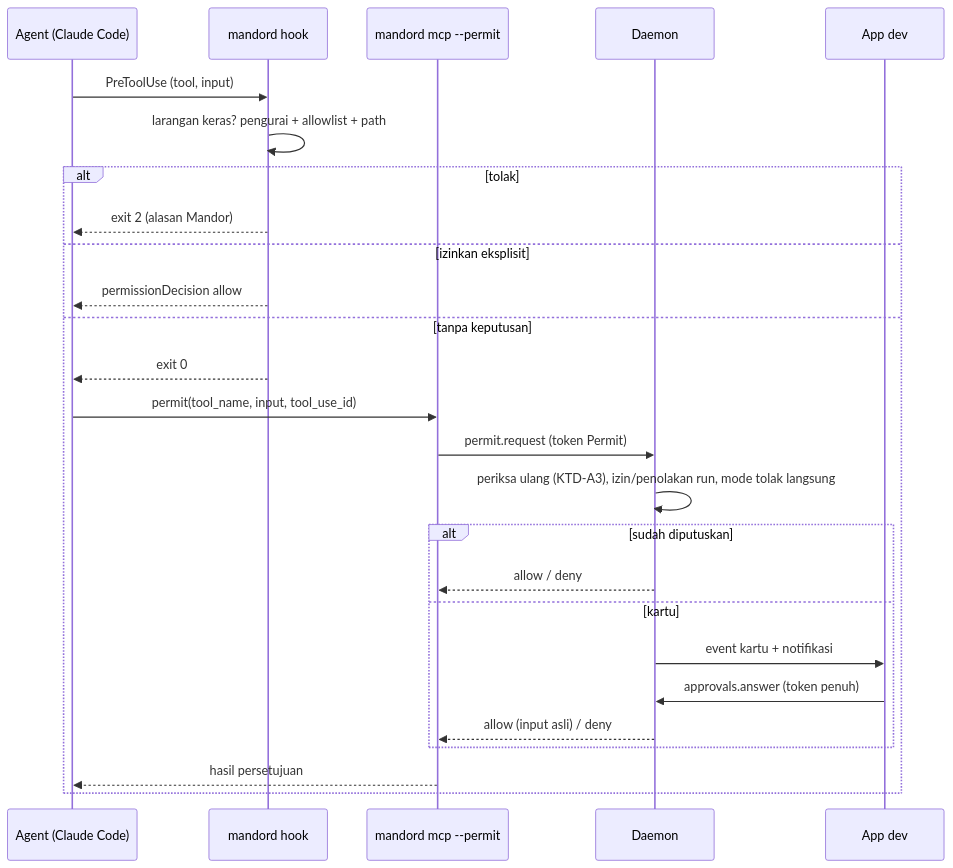
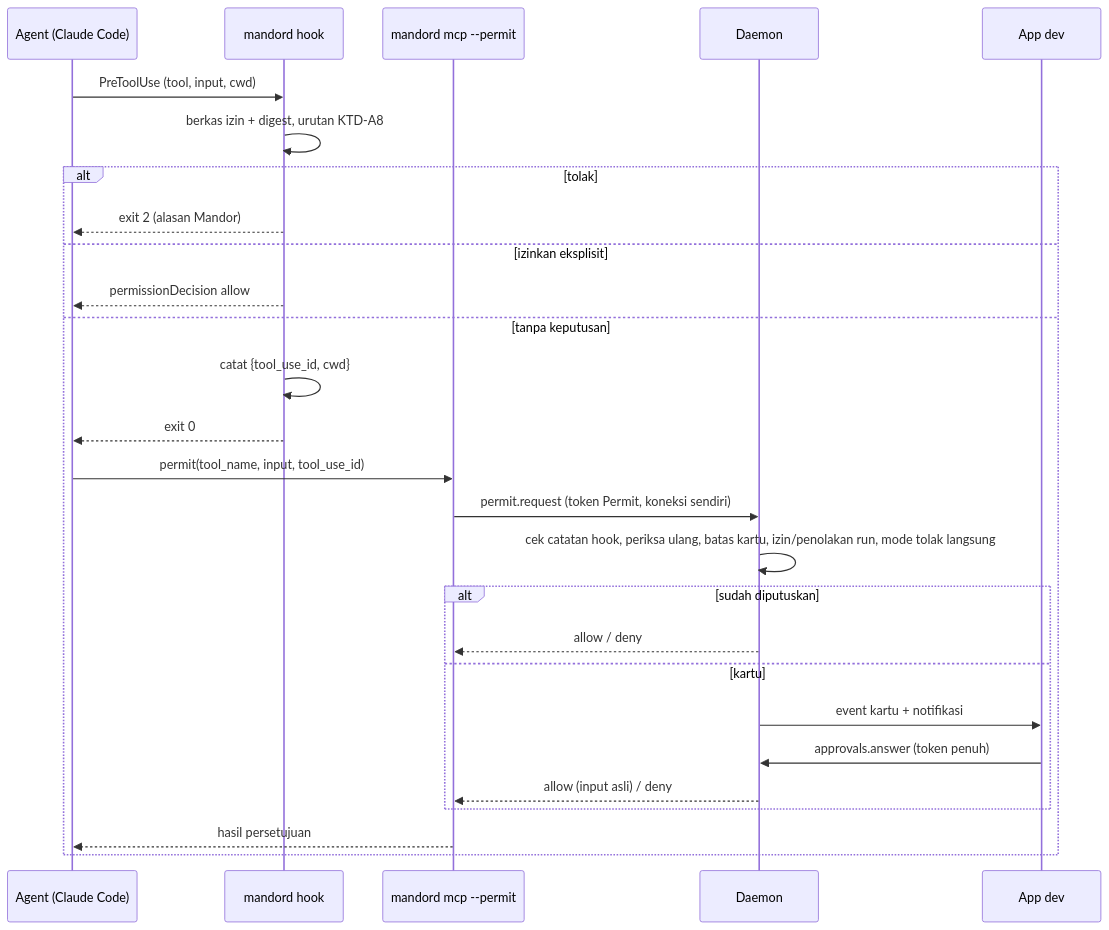
The first of 2 diagrams in docs/plans/2026-11-06-001-feat-agent-permission-approval-plan.md (handokobeni/mandor), drawn with Mermaid before and after one commit. The commit also changed other lines of this file, not shown here.

First line of the commit message:
docs(plan): hasil doc review plan teknis izin agent

````diff
--- a/docs/plans/2026-11-06-001-feat-agent-permission-approval-plan.md
+++ b/docs/plans/2026-11-06-001-feat-agent-permission-approval-plan.md
@@ -206,28 +212,29 @@
 ```mermaid
 sequenceDiagram
   participant A as Agent (Claude Code)
   participant H as mandord hook
   participant P as mandord mcp --permit
   participant D as Daemon
   participant U as App dev
-  A->>H: PreToolUse (tool, input)
-  H->>H: larangan keras? pengurai + allowlist + path
+  A->>H: PreToolUse (tool, input, cwd)
+  H->>H: berkas izin + digest, urutan KTD-A8
   alt tolak
     H-->>A: exit 2 (alasan Mandor)
   else izinkan eksplisit
     H-->>A: permissionDecision allow
   else tanpa keputusan
+    H->>H: catat {tool_use_id, cwd}
     H-->>A: exit 0
     A->>P: permit(tool_name, input, tool_use_id)
-    P->>D: permit.request (token Permit)
-    D->>D: periksa ulang (KTD-A3), izin/penolakan run, mode tolak langsung
+    P->>D: permit.request (token Permit, koneksi sendiri)
+    D->>D: cek catatan hook, periksa ulang, batas kartu, izin/penolakan run, mode tolak langsung
     alt sudah diputuskan
       D-->>P: allow / deny
     else kartu
       D->>U: event kartu + notifikasi
       U->>D: approvals.answer (token penuh)
       D-->>P: allow (input asli) / deny
     end
     P-->>A: hasil persetujuan
   end
 ```
````
